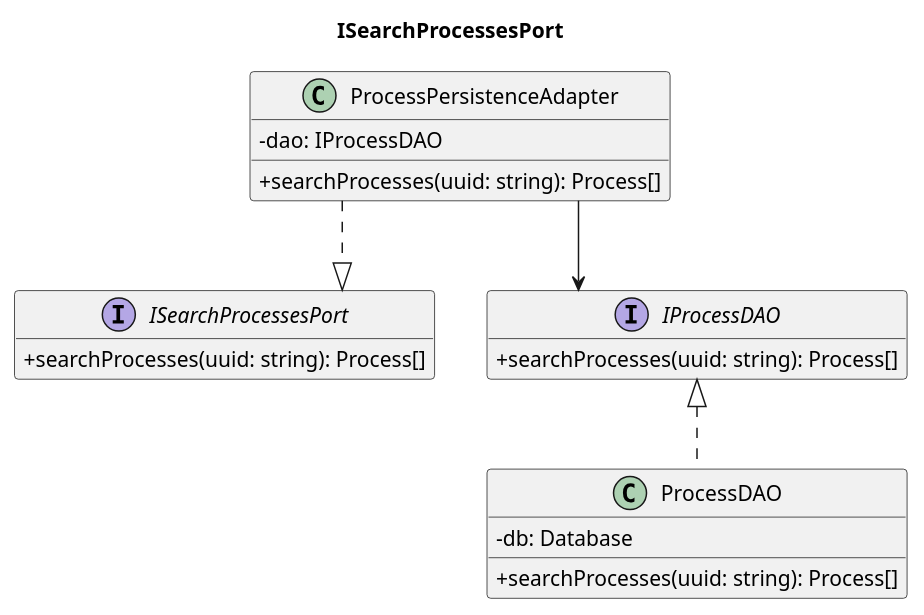
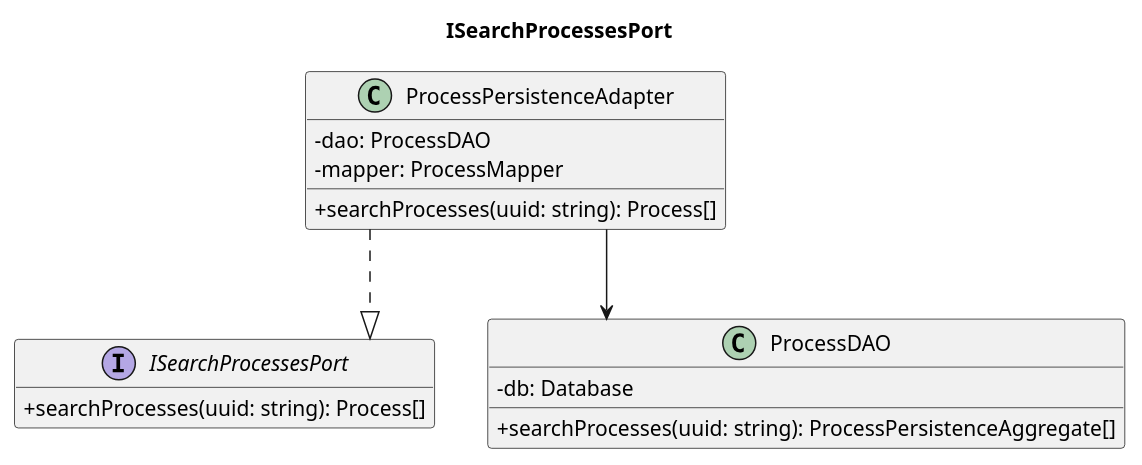
The eighth of 15 diagrams in 3_PB/DocumentiEsterni/DiagrammiSpecificaTecnica/C4/C4_backend_Search.puml (7-ZPUs/Docs), drawn with PlantUML before and after one commit. The commit also changed other lines of this file and 7 other files, not shown here.

```diff
--- a/3_PB/DocumentiEsterni/DiagrammiSpecificaTecnica/C4/C4_backend_Search.puml
+++ b/3_PB/DocumentiEsterni/DiagrammiSpecificaTecnica/C4/C4_backend_Search.puml
@@ -205,28 +203,25 @@
 @startuml
 title ISearchProcessesPort
 
 skinparam classAttributeIconSize 0
 skinparam linetype ortho
 hide empty members
 
 interface ISearchProcessesPort {
     + searchProcesses(uuid: string): Process[]
 }
 class ProcessPersistenceAdapter {
-    - dao: IProcessDAO
+    - dao: ProcessDAO
+    - mapper: ProcessMapper
     + searchProcesses(uuid: string): Process[]
 }
 
-interface IProcessDAO {
-    + searchProcesses(uuid: string): Process[]
-}
-
-class ProcessDAO implements IProcessDAO {
+class ProcessDAO {
     - db: Database
-    + searchProcesses(uuid: string): Process[]
+    + searchProcesses(uuid: string): ProcessPersistenceAggregate[]
 }
 
 ProcessPersistenceAdapter ..|> ISearchProcessesPort
-ProcessPersistenceAdapter --> IProcessDAO
+ProcessPersistenceAdapter --> ProcessDAO
 
 @enduml
```
